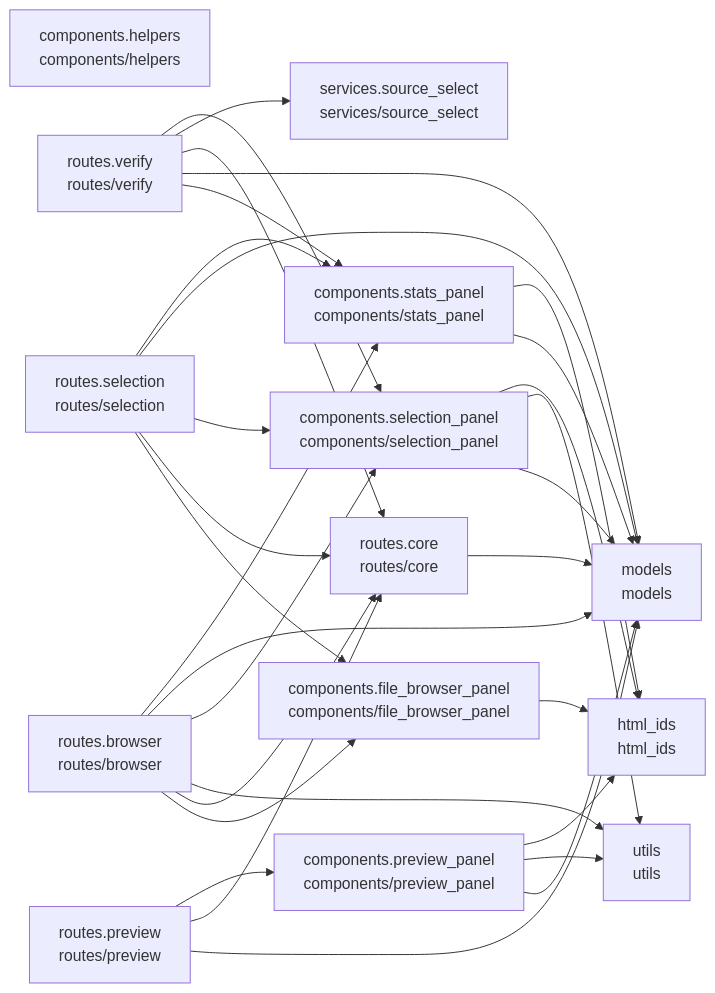
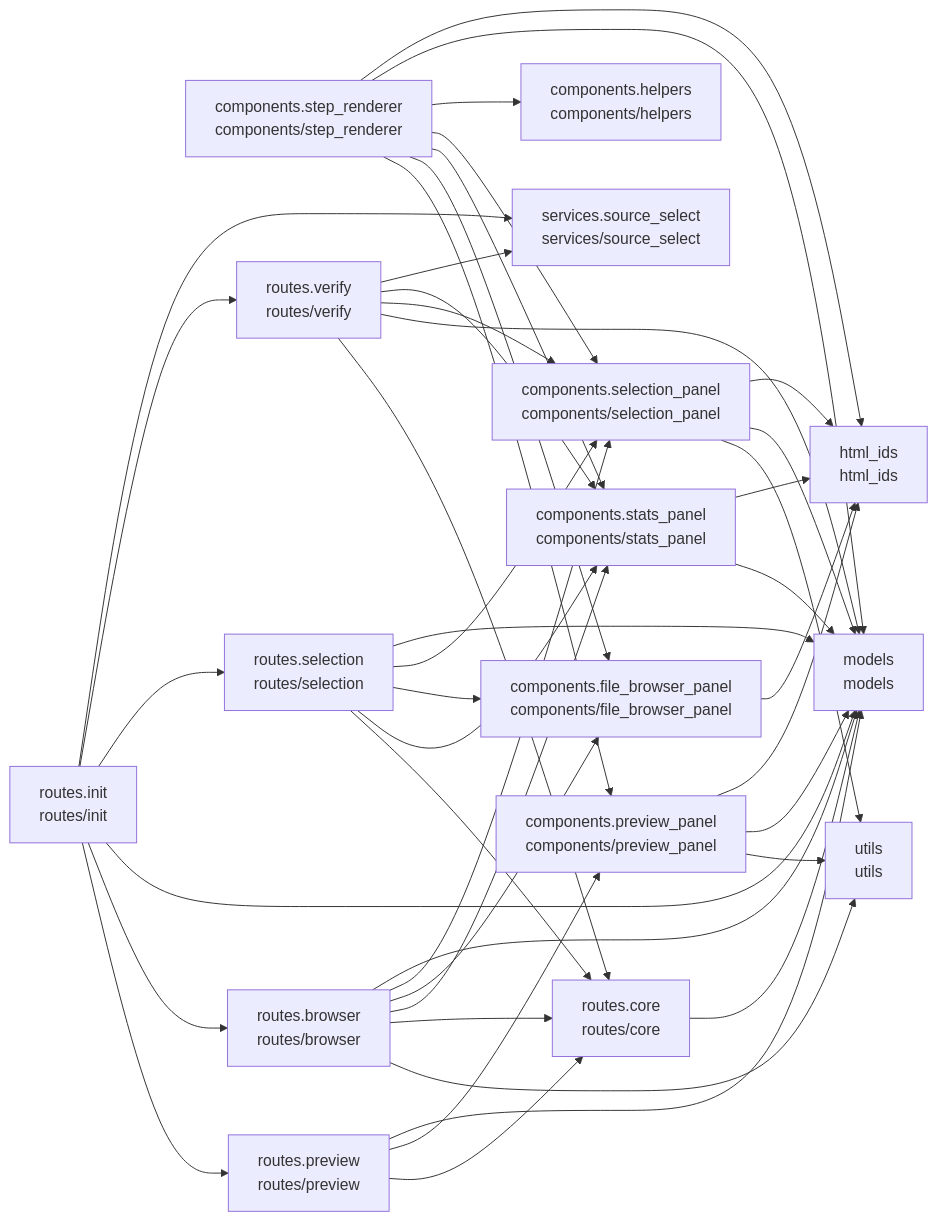
The diagram in README.md (cj-mills/cjm-transcription-source-select), drawn with Mermaid before and after one commit. The commit also changed other lines of this file and 7 other files, not shown here.

Commit message:
Add step renderer, router assembly, and simplify demo app to use unified init_source_select_routers and render_source_select_step.

````diff
--- a/README.md
+++ b/README.md
@@ -37,47 +39,62 @@
 ``` mermaid
 graph LR
     components_file_browser_panel[components.file_browser_panel<br/>components/file_browser_panel]
     components_helpers[components.helpers<br/>components/helpers]
     components_preview_panel[components.preview_panel<br/>components/preview_panel]
     components_selection_panel[components.selection_panel<br/>components/selection_panel]
     components_stats_panel[components.stats_panel<br/>components/stats_panel]
+    components_step_renderer[components.step_renderer<br/>components/step_renderer]
     html_ids[html_ids<br/>html_ids]
     models[models<br/>models]
     routes_browser[routes.browser<br/>routes/browser]
     routes_core[routes.core<br/>routes/core]
+    routes_init[routes.init<br/>routes/init]
     routes_preview[routes.preview<br/>routes/preview]
     routes_selection[routes.selection<br/>routes/selection]
     routes_verify[routes.verify<br/>routes/verify]
     services_source_select[services.source_select<br/>services/source_select]
     utils[utils<br/>utils]
 
     components_file_browser_panel --> html_ids
+    components_preview_panel --> utils
     components_preview_panel --> models
-    components_preview_panel --> utils
     components_preview_panel --> html_ids
+    components_selection_panel --> utils
     components_selection_panel --> models
-    components_selection_panel --> utils
     components_selection_panel --> html_ids
     components_stats_panel --> models
     components_stats_panel --> html_ids
+    components_step_renderer --> components_preview_panel
+    components_step_renderer --> components_file_browser_panel
+    components_step_renderer --> components_stats_panel
+    components_step_renderer --> components_selection_panel
+    components_step_renderer --> components_helpers
+    components_step_renderer --> models
+    components_step_renderer --> html_ids
+    routes_browser --> utils
+    routes_browser --> routes_core
+    routes_browser --> components_stats_panel
     routes_browser --> components_file_browser_panel
-    routes_browser --> routes_core
-    routes_browser --> utils
     routes_browser --> components_selection_panel
     routes_browser --> models
-    routes_browser --> components_stats_panel
     routes_core --> models
-    routes_preview --> models
+    routes_init --> routes_preview
+    routes_init --> routes_browser
+    routes_init --> models
+    routes_init --> routes_selection
+    routes_init --> routes_verify
+    routes_init --> services_source_select
     routes_preview --> routes_core
     routes_preview --> components_preview_panel
+    routes_preview --> models
+    routes_selection --> routes_core
+    routes_selection --> components_stats_panel
     routes_selection --> components_file_browser_panel
-    routes_selection --> routes_core
     routes_selection --> components_selection_panel
     routes_selection --> models
-    routes_selection --> components_stats_panel
+    routes_verify --> routes_core
+    routes_verify --> models
+    routes_verify --> components_selection_panel
     routes_verify --> components_stats_panel
-    routes_verify --> models
-    routes_verify --> routes_core
     routes_verify --> services_source_select
-    routes_verify --> components_selection_panel
 ```
````
